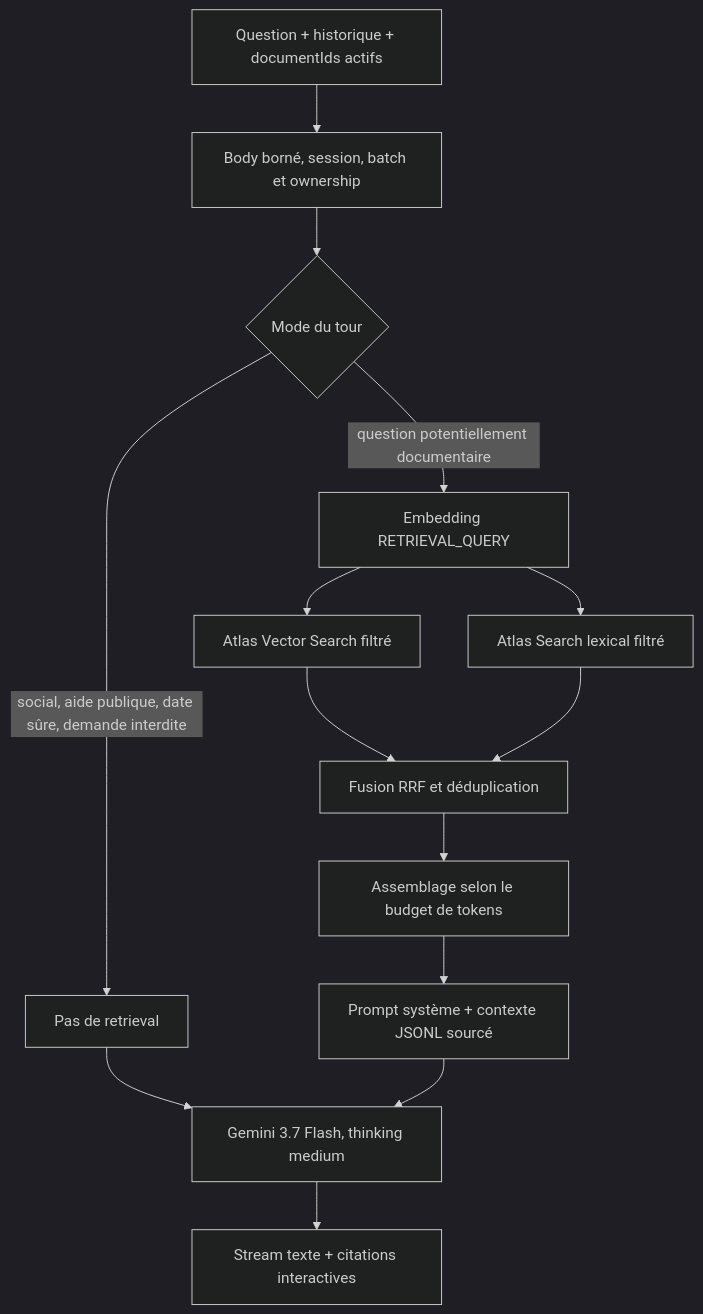
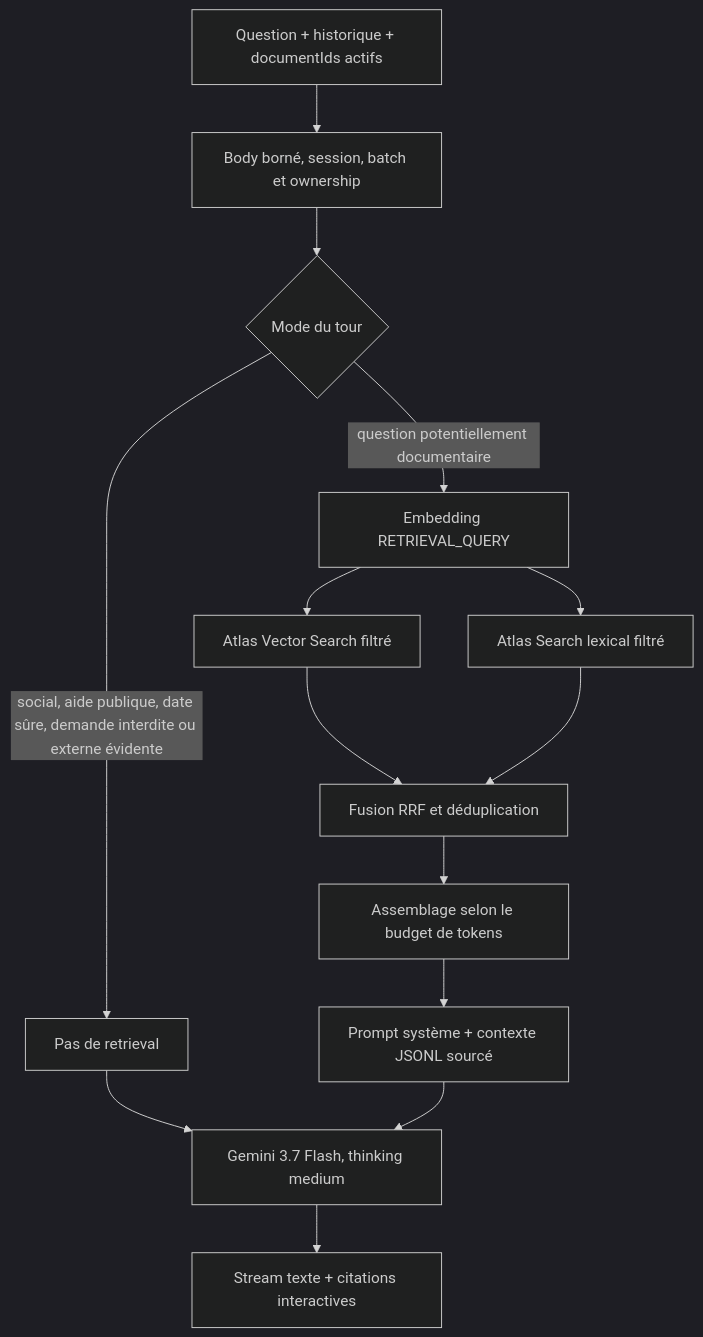
Before and after one commit to bdllhfrance-star/docchat: the fourth of 5 diagrams in README.md, drawn with Mermaid (dark theme). The commit also changed other lines of this file and 7 other files, not shown here.

````diff
--- a/README.md
+++ b/README.md
@@ -175,25 +175,25 @@
 ```mermaid
 flowchart TD
     Q[Question + historique + documentIds actifs]
     Validate[Body borné, session, batch et ownership]
     Mode{Mode du tour}
     NoRag[Pas de retrieval]
     Embed[Embedding RETRIEVAL_QUERY]
     Vector[Atlas Vector Search filtré]
     Lexical[Atlas Search lexical filtré]
     RRF[Fusion RRF et déduplication]
     Budget[Assemblage selon le budget de tokens]
     Prompt[Prompt système + contexte JSONL sourcé]
     Model[Gemini 3.7 Flash, thinking medium]
     Stream[Stream texte + citations interactives]
 
     Q --> Validate --> Mode
-    Mode -->|social, aide publique, date sûre, demande interdite| NoRag
+    Mode -->|social, aide publique, date sûre, demande interdite ou externe évidente| NoRag
     NoRag --> Model
     Mode -->|question potentiellement documentaire| Embed
     Embed --> Vector
     Embed --> Lexical
     Vector --> RRF
     Lexical --> RRF
     RRF --> Budget --> Prompt --> Model --> Stream
 ```
````
